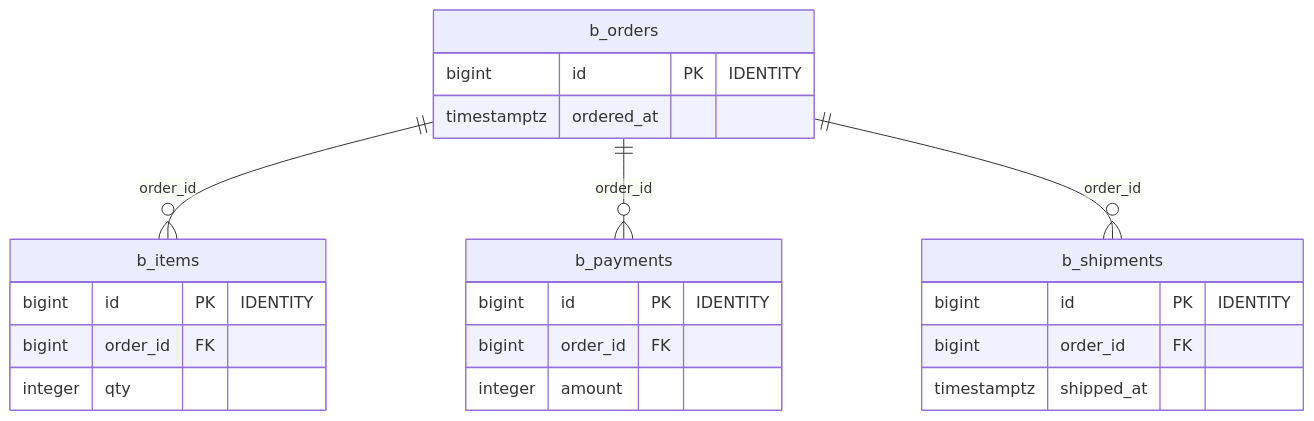
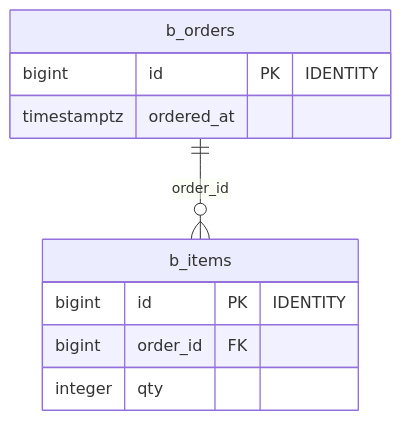
The fifth of 6 diagrams in ch01_environment/README.md (driftnode986/postgresql-db-design-samples), drawn with Mermaid before and after one commit. The commit also changed 15 other files, not shown here.

First line of the commit message:
docs: 設計案の構成図を縦並びにし、幅の広い ER 図を分けて、GitHub で縮まない大きさにする

````diff
--- a/ch01_environment/README.md
+++ b/ch01_environment/README.md
@@ -75,25 +77,13 @@
 ```mermaid
 erDiagram
   b_items {
     bigint id PK "IDENTITY"
     bigint order_id FK
     integer qty
   }
   b_orders {
     bigint id PK "IDENTITY"
     timestamptz ordered_at
   }
-  b_payments {
-    bigint id PK "IDENTITY"
-    bigint order_id FK
-    integer amount
-  }
-  b_shipments {
-    bigint id PK "IDENTITY"
-    bigint order_id FK
-    timestamptz shipped_at
-  }
   b_orders ||--o{ b_items : "order_id"
-  b_orders ||--o{ b_payments : "order_id"
-  b_orders ||--o{ b_shipments : "order_id"
 ```
````
